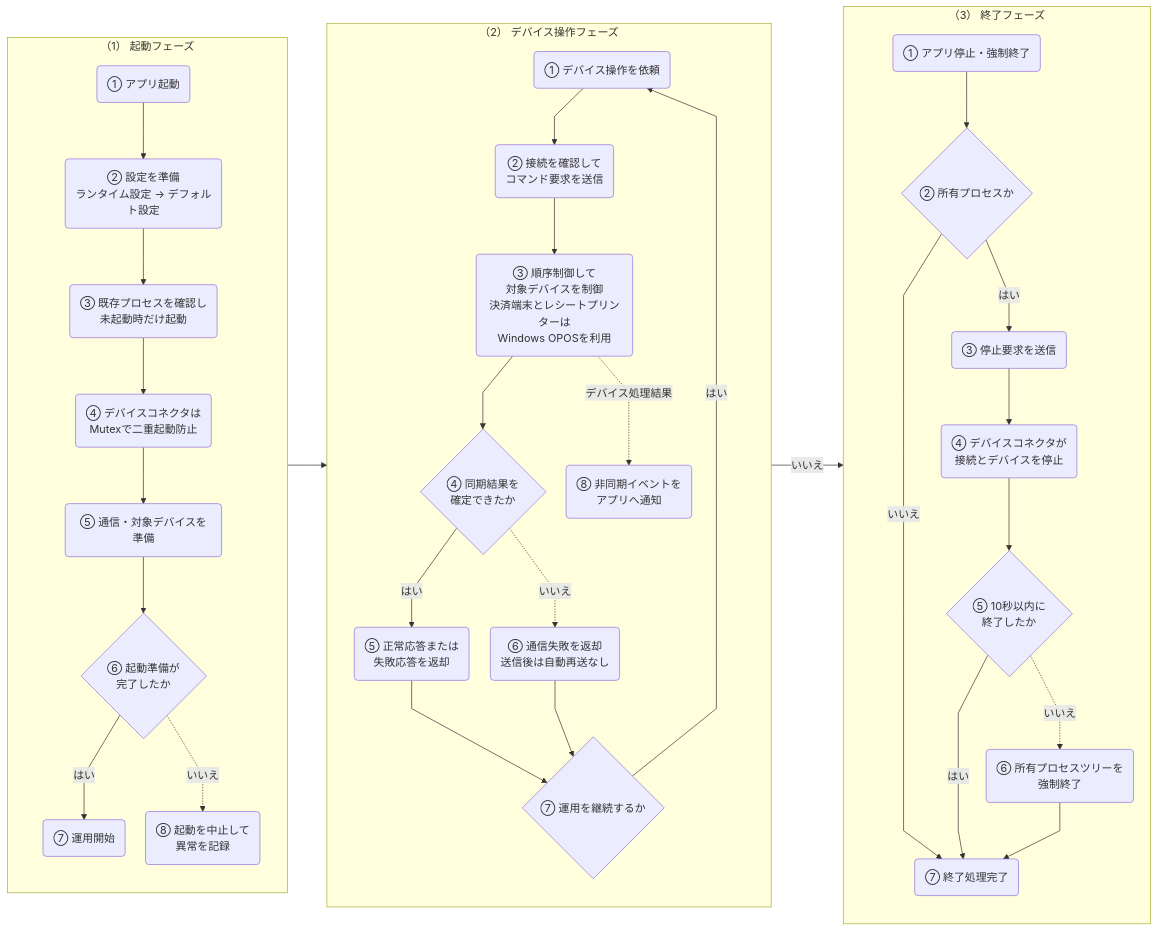
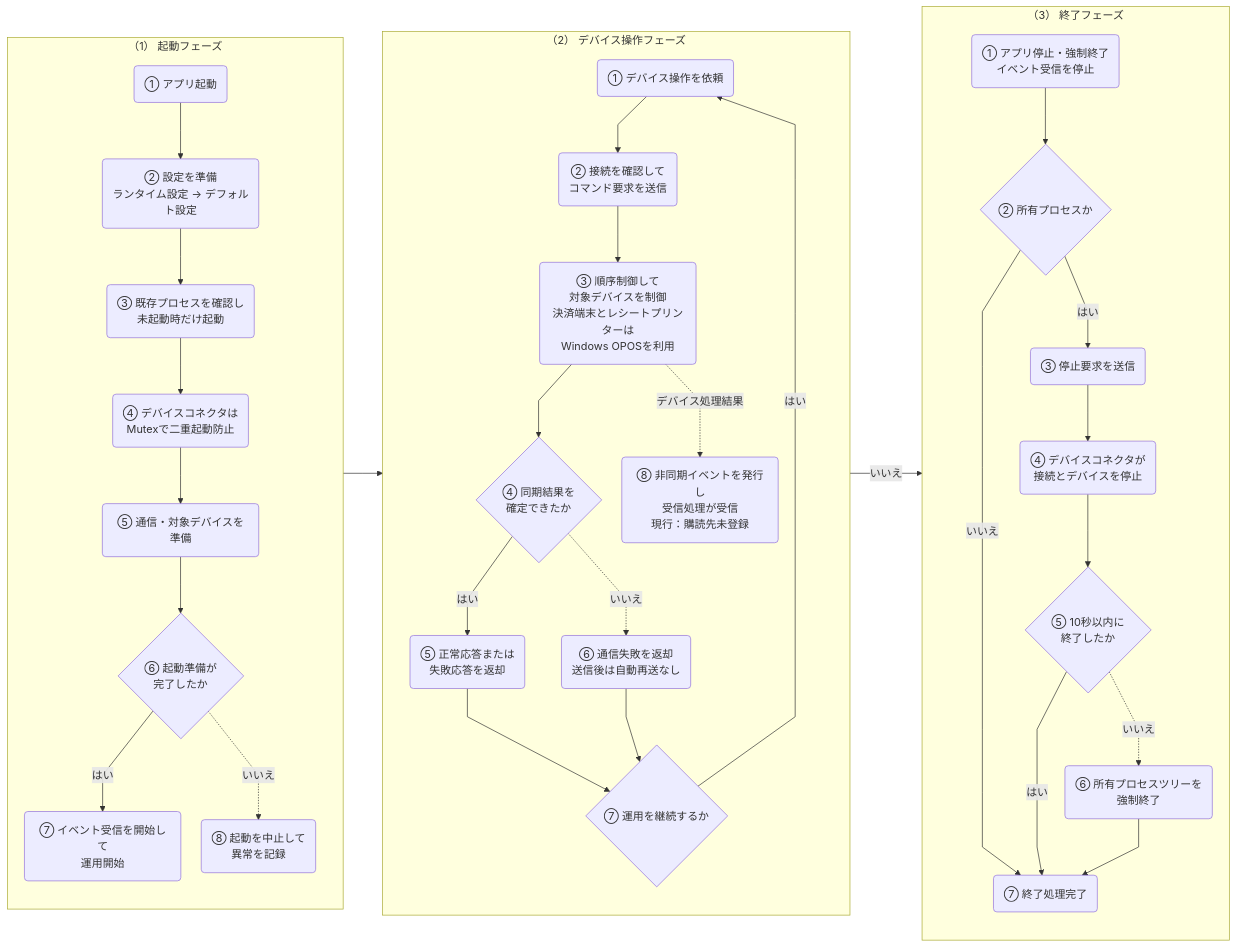
Before and after one commit to vti-sam/smj-ks-pos-stored: the third of 3 diagrams in artifacts/reports/architecture/ARCH-HOST-01_タブレットPOS_デバイスコネクタ基本設計書/ARCH-HOST-01_タブレットPOS_デバイスコネクタ基本設計書.md, drawn with Mermaid. The commit also changed other lines of this file and 131 other files, not shown here.

```diff
--- a/artifacts/reports/architecture/ARCH-HOST-01_タブレットPOS_デバイスコネクタ基本設計書/ARCH-HOST-01_タブレットPOS_デバイスコネクタ基本設計書.md
+++ b/artifacts/reports/architecture/ARCH-HOST-01_タブレットPOS_デバイスコネクタ基本設計書/ARCH-HOST-01_タブレットPOS_デバイスコネクタ基本設計書.md
@@ -499,7 +520,7 @@
         S4("④ デバイスコネクタは<br/>Mutexで二重起動防止")
         S5("⑤ 通信・対象デバイスを準備")
         S6{"⑥ 起動準備が<br/>完了したか"}
-        S7("⑦ 運用開始")
+        S7("⑦ イベント受信を開始して<br/>運用開始")
         START_ERROR("⑧ 起動を中止して<br/>異常を記録")
 
         S1 --> S2 --> S3 --> S4 --> S5 --> S6
@@ -516,7 +537,7 @@
         O5("⑤ 正常応答または<br/>失敗応答を返却")
         COMM_ERROR("⑥ 通信失敗を返却<br/>送信後は自動再送なし")
         O6{"⑦ 運用を継続するか"}
-        EVENT("⑧ 非同期イベントを<br/>アプリへ通知")
+        EVENT("⑧ 非同期イベントを発行し<br/>受信処理が受信<br/>現行：購読先未登録")
 
         O1 --> O2 --> O3 --> O4
         O4 -->|はい| O5 --> O6
@@ -527,7 +548,7 @@
 
     subgraph STOP["（3） 終了フェーズ"]
         direction TB
-        T1("① アプリ停止・強制終了")
+        T1("① アプリ停止・強制終了<br/>イベント受信を停止")
         T2{"② 所有プロセスか"}
         T3("③ 停止要求を送信")
         T4("④ デバイスコネクタが<br/>接続とデバイスを停止")
```
